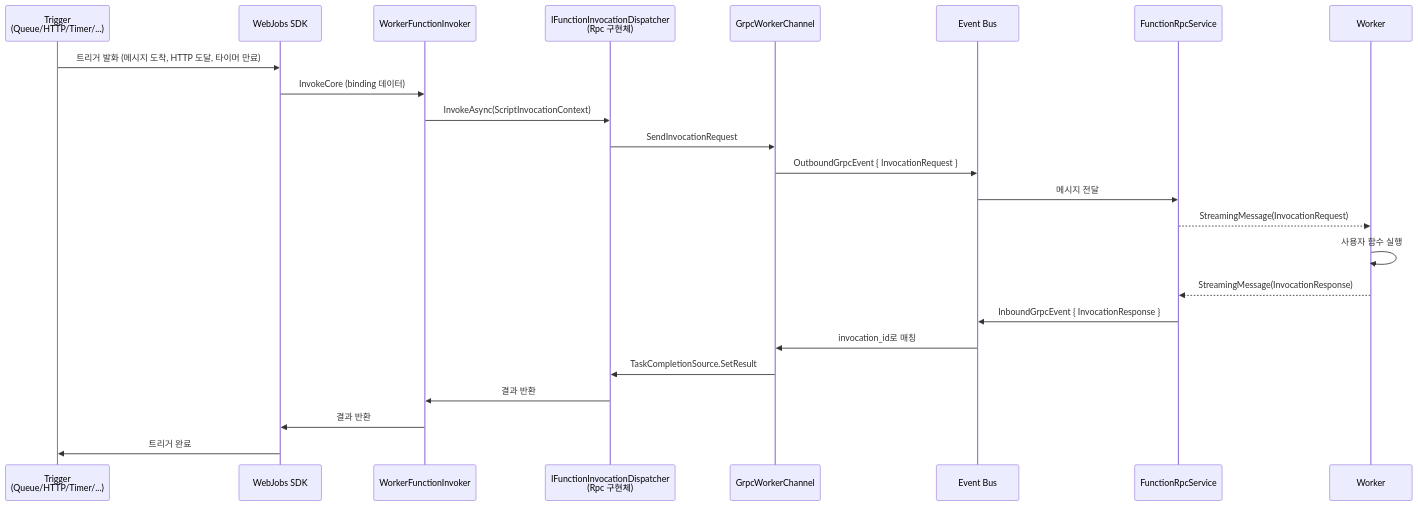
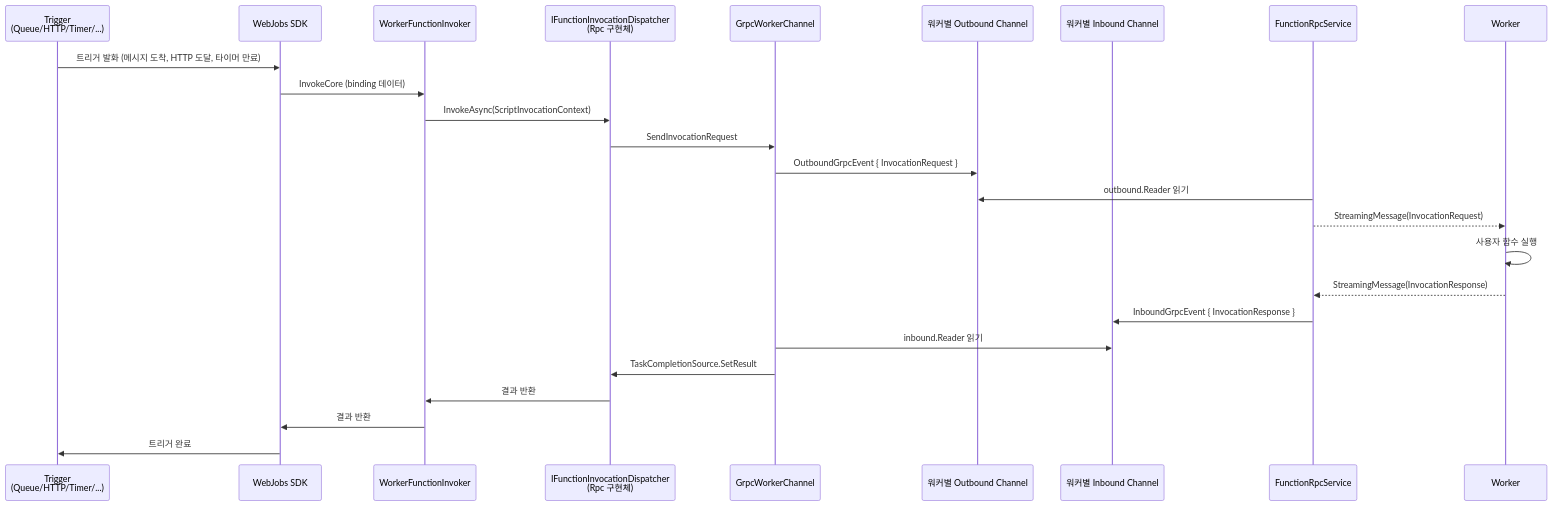
One commit to yeongseon-books/book-content changed the first of 2 diagrams in azure-functions-deep-dive/ko/04-dispatcher-and-invocation.md. Above: the diagram before and after it, drawn with Mermaid. The commit also changed other lines of this file and 42 other files, not shown here.

First line of the commit message:
fix: 오라클 리뷰 반영 — Functions 101/Deep Dive 사실관계·톤·다이어그램 정리, App Service 101 ko/en 재구조화

````diff
--- a/azure-functions-deep-dive/ko/04-dispatcher-and-invocation.md
+++ b/azure-functions-deep-dive/ko/04-dispatcher-and-invocation.md
@@ -21,28 +21,29 @@
 ```mermaid
 sequenceDiagram
     participant T as Trigger<br/>(Queue/HTTP/Timer/...)
     participant SDK as WebJobs SDK
     participant WFI as WorkerFunctionInvoker
     participant DISP as IFunctionInvocationDispatcher<br/>(Rpc 구현체)
     participant GWC as GrpcWorkerChannel
-    participant Bus as Event Bus
+    participant OC as 워커별 Outbound Channel
+    participant IC as 워커별 Inbound Channel
     participant FRS as FunctionRpcService
     participant W as Worker
 
     T->>SDK: 트리거 발화 (메시지 도착, HTTP 도달, 타이머 만료)
     SDK->>WFI: InvokeCore (binding 데이터)
     WFI->>DISP: InvokeAsync(ScriptInvocationContext)
     DISP->>GWC: SendInvocationRequest
-    GWC->>Bus: OutboundGrpcEvent { InvocationRequest }
-    Bus->>FRS: 메시지 전달
+    GWC->>OC: OutboundGrpcEvent { InvocationRequest }
+    FRS->>OC: outbound.Reader 읽기
     FRS-->>W: StreamingMessage(InvocationRequest)
 
     W->>W: 사용자 함수 실행
     W-->>FRS: StreamingMessage(InvocationResponse)
-    FRS->>Bus: InboundGrpcEvent { InvocationResponse }
-    Bus->>GWC: invocation_id로 매칭
+    FRS->>IC: InboundGrpcEvent { InvocationResponse }
+    GWC->>IC: inbound.Reader 읽기
     GWC->>DISP: TaskCompletionSource.SetResult
     DISP->>WFI: 결과 반환
     WFI->>SDK: 결과 반환
     SDK->>T: 트리거 완료
 ```
````
